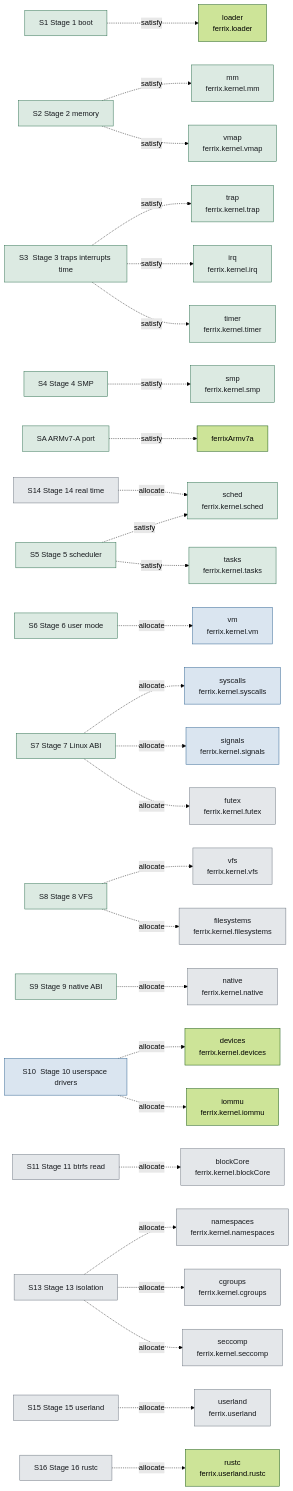
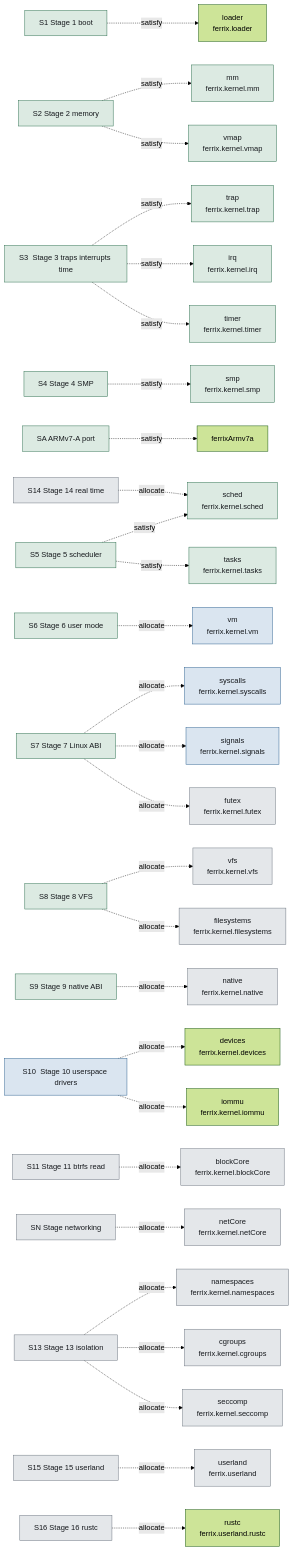
One commit to SetZero/ferrix changed diagram 18 of 19 in docs/generated/ARCHITECTURE.md. Above: the diagram before and after it, drawn with Mermaid (forest theme). The commit also changed other lines of this file and 7 other files, not shown here.

First line of the commit message:
Stage networking after stage 11, as the ARMv7-A port is staged after stage 4

````diff
--- a/docs/generated/ARCHITECTURE.md
+++ b/docs/generated/ARCHITECTURE.md
@@ -2904,76 +2918,79 @@
 ```mermaid
 flowchart LR
   n0_FerrixRoadmap_stage1Boot["S1  Stage 1 boot"]
   n1_FerrixStructure_Ferrix_loader["loader<br>ferrix.loader"]
   n2_FerrixRoadmap_stage2Memory["S2  Stage 2 memory"]
   n3_FerrixStructure_Kernel_mm["mm<br>ferrix.kernel.mm"]
   n4_FerrixStructure_Kernel_vmap["vmap<br>ferrix.kernel.vmap"]
   n5_FerrixRoadmap_stage3TrapsInterruptsTime["S3  Stage 3 traps interrupts time"]
   n6_FerrixStructure_Kernel_trap["trap<br>ferrix.kernel.trap"]
   n7_FerrixStructure_Kernel_irq["irq<br>ferrix.kernel.irq"]
   n8_FerrixStructure_Kernel_timer["timer<br>ferrix.kernel.timer"]
   n9_FerrixRoadmap_stage4Smp["S4  Stage 4 SMP"]
   n10_FerrixStructure_Kernel_smp["smp<br>ferrix.kernel.smp"]
   n11_FerrixRoadmap_armv7aPort["SA  ARMv7-A port"]
   n12_FerrixStructure_ferrixArmv7a["ferrixArmv7a"]
   n13_FerrixRoadmap_stage5Scheduler["S5  Stage 5 scheduler"]
   n14_FerrixStructure_Kernel_sched["sched<br>ferrix.kernel.sched"]
   n15_FerrixStructure_Kernel_tasks["tasks<br>ferrix.kernel.tasks"]
   n16_FerrixRoadmap_stage6UserMode["S6  Stage 6 user mode"]
   n17_FerrixStructure_Kernel_vm["vm<br>ferrix.kernel.vm"]
   n18_FerrixRoadmap_stage7LinuxAbi["S7  Stage 7 Linux ABI"]
   n19_FerrixStructure_Kernel_syscalls["syscalls<br>ferrix.kernel.syscalls"]
   n20_FerrixStructure_Kernel_signals["signals<br>ferrix.kernel.signals"]
   n21_FerrixStructure_Kernel_futex["futex<br>ferrix.kernel.futex"]
   n22_FerrixRoadmap_stage8Vfs["S8  Stage 8 VFS"]
   n23_FerrixStructure_Kernel_vfs["vfs<br>ferrix.kernel.vfs"]
   n24_FerrixStructure_Kernel_filesystems["filesystems<br>ferrix.kernel.filesystems"]
   n25_FerrixRoadmap_stage9NativeAbi["S9  Stage 9 native ABI"]
   n26_FerrixStructure_Kernel_native["native<br>ferrix.kernel.native"]
   n27_FerrixRoadmap_stage10UserspaceDrivers["S10  Stage 10 userspace drivers"]
   n28_FerrixStructure_Machine_devices["devices<br>ferrix.kernel.devices"]
   n29_FerrixStructure_Machine_iommu["iommu<br>ferrix.kernel.iommu"]
   n30_FerrixRoadmap_stage11BtrfsRead["S11  Stage 11 btrfs read"]
   n31_FerrixStructure_Kernel_blockCore["blockCore<br>ferrix.kernel.blockCore"]
-  n32_FerrixRoadmap_stage13Isolation["S13  Stage 13 isolation"]
-  n33_FerrixStructure_Kernel_namespaces["namespaces<br>ferrix.kernel.namespaces"]
-  n34_FerrixStructure_Kernel_cgroups["cgroups<br>ferrix.kernel.cgroups"]
-  n35_FerrixStructure_Kernel_seccomp["seccomp<br>ferrix.kernel.seccomp"]
-  n36_FerrixRoadmap_stage14RealTime["S14  Stage 14 real time"]
-  n37_FerrixRoadmap_stage15Userland["S15  Stage 15 userland"]
-  n38_FerrixStructure_Ferrix_userland["userland<br>ferrix.userland"]
-  n39_FerrixRoadmap_stage16Rustc["S16  Stage 16 rustc"]
-  n40_FerrixStructure_Userland_rustc["rustc<br>ferrix.userland.rustc"]
+  n32_FerrixRoadmap_stageNetworking["SN  Stage networking"]
+  n33_FerrixStructure_Kernel_netCore["netCore<br>ferrix.kernel.netCore"]
+  n34_FerrixRoadmap_stage13Isolation["S13  Stage 13 isolation"]
+  n35_FerrixStructure_Kernel_namespaces["namespaces<br>ferrix.kernel.namespaces"]
+  n36_FerrixStructure_Kernel_cgroups["cgroups<br>ferrix.kernel.cgroups"]
+  n37_FerrixStructure_Kernel_seccomp["seccomp<br>ferrix.kernel.seccomp"]
+  n38_FerrixRoadmap_stage14RealTime["S14  Stage 14 real time"]
+  n39_FerrixRoadmap_stage15Userland["S15  Stage 15 userland"]
+  n40_FerrixStructure_Ferrix_userland["userland<br>ferrix.userland"]
+  n41_FerrixRoadmap_stage16Rustc["S16  Stage 16 rustc"]
+  n42_FerrixStructure_Userland_rustc["rustc<br>ferrix.userland.rustc"]
   n0_FerrixRoadmap_stage1Boot -. "satisfy" .-> n1_FerrixStructure_Ferrix_loader
   n2_FerrixRoadmap_stage2Memory -. "satisfy" .-> n3_FerrixStructure_Kernel_mm
   n2_FerrixRoadmap_stage2Memory -. "satisfy" .-> n4_FerrixStructure_Kernel_vmap
   n5_FerrixRoadmap_stage3TrapsInterruptsTime -. "satisfy" .-> n6_FerrixStructure_Kernel_trap
   n5_FerrixRoadmap_stage3TrapsInterruptsTime -. "satisfy" .-> n7_FerrixStructure_Kernel_irq
   n5_FerrixRoadmap_stage3TrapsInterruptsTime -. "satisfy" .-> n8_FerrixStructure_Kernel_timer
   n9_FerrixRoadmap_stage4Smp -. "satisfy" .-> n10_FerrixStructure_Kernel_smp
   n11_FerrixRoadmap_armv7aPort -. "satisfy" .-> n12_FerrixStructure_ferrixArmv7a
   n13_FerrixRoadmap_stage5Scheduler -. "satisfy" .-> n14_FerrixStructure_Kernel_sched
   n13_FerrixRoadmap_stage5Scheduler -. "satisfy" .-> n15_FerrixStructure_Kernel_tasks
   n16_FerrixRoadmap_stage6UserMode -. "allocate" .-> n17_FerrixStructure_Kernel_vm
   n18_FerrixRoadmap_stage7LinuxAbi -. "allocate" .-> n19_FerrixStructure_Kernel_syscalls
   n18_FerrixRoadmap_stage7LinuxAbi -. "allocate" .-> n20_FerrixStructure_Kernel_signals
   n18_FerrixRoadmap_stage7LinuxAbi -. "allocate" .-> n21_FerrixStructure_Kernel_futex
   n22_FerrixRoadmap_stage8Vfs -. "allocate" .-> n23_FerrixStructure_Kernel_vfs
   n22_FerrixRoadmap_stage8Vfs -. "allocate" .-> n24_FerrixStructure_Kernel_filesystems
   n25_FerrixRoadmap_stage9NativeAbi -. "allocate" .-> n26_FerrixStructure_Kernel_native
   n27_FerrixRoadmap_stage10UserspaceDrivers -. "allocate" .-> n28_FerrixStructure_Machine_devices
   n27_FerrixRoadmap_stage10UserspaceDrivers -. "allocate" .-> n29_FerrixStructure_Machine_iommu
   n30_FerrixRoadmap_stage11BtrfsRead -. "allocate" .-> n31_FerrixStructure_Kernel_blockCore
-  n32_FerrixRoadmap_stage13Isolation -. "allocate" .-> n33_FerrixStructure_Kernel_namespaces
-  n32_FerrixRoadmap_stage13Isolation -. "allocate" .-> n34_FerrixStructure_Kernel_cgroups
-  n32_FerrixRoadmap_stage13Isolation -. "allocate" .-> n35_FerrixStructure_Kernel_seccomp
-  n36_FerrixRoadmap_stage14RealTime -. "allocate" .-> n14_FerrixStructure_Kernel_sched
-  n37_FerrixRoadmap_stage15Userland -. "allocate" .-> n38_FerrixStructure_Ferrix_userland
-  n39_FerrixRoadmap_stage16Rustc -. "allocate" .-> n40_FerrixStructure_Userland_rustc
+  n32_FerrixRoadmap_stageNetworking -. "allocate" .-> n33_FerrixStructure_Kernel_netCore
+  n34_FerrixRoadmap_stage13Isolation -. "allocate" .-> n35_FerrixStructure_Kernel_namespaces
+  n34_FerrixRoadmap_stage13Isolation -. "allocate" .-> n36_FerrixStructure_Kernel_cgroups
+  n34_FerrixRoadmap_stage13Isolation -. "allocate" .-> n37_FerrixStructure_Kernel_seccomp
+  n38_FerrixRoadmap_stage14RealTime -. "allocate" .-> n14_FerrixStructure_Kernel_sched
+  n39_FerrixRoadmap_stage15Userland -. "allocate" .-> n40_FerrixStructure_Ferrix_userland
+  n41_FerrixRoadmap_stage16Rustc -. "allocate" .-> n42_FerrixStructure_Userland_rustc
   classDef implemented fill:#dceae2,stroke:#2c6e4e,color:#16191d
   classDef inProgress fill:#dae5f0,stroke:#2a5f8f,color:#16191d
   classDef planned fill:#e4e7ea,stroke:#6a737e,color:#16191d
   class n0_FerrixRoadmap_stage1Boot,n2_FerrixRoadmap_stage2Memory,n3_FerrixStructure_Kernel_mm,n4_FerrixStructure_Kernel_vmap,n5_FerrixRoadmap_stage3TrapsInterruptsTime,n6_FerrixStructure_Kernel_trap,n7_FerrixStructure_Kernel_irq,n8_FerrixStructure_Kernel_timer,n9_FerrixRoadmap_stage4Smp,n10_FerrixStructure_Kernel_smp,n11_FerrixRoadmap_armv7aPort,n13_FerrixRoadmap_stage5Scheduler,n14_FerrixStructure_Kernel_sched,n15_FerrixStructure_Kernel_tasks,n16_FerrixRoadmap_stage6UserMode,n18_FerrixRoadmap_stage7LinuxAbi,n22_FerrixRoadmap_stage8Vfs,n25_FerrixRoadmap_stage9NativeAbi implemented
   class n17_FerrixStructure_Kernel_vm,n19_FerrixStructure_Kernel_syscalls,n20_FerrixStructure_Kernel_signals,n27_FerrixRoadmap_stage10UserspaceDrivers inProgress
-  class n21_FerrixStructure_Kernel_futex,n23_FerrixStructure_Kernel_vfs,n24_FerrixStructure_Kernel_filesystems,n26_FerrixStructure_Kernel_native,n30_FerrixRoadmap_stage11BtrfsRead,n31_FerrixStructure_Kernel_blockCore,n32_FerrixRoadmap_stage13Isolation,n33_FerrixStructure_Kernel_namespaces,n34_FerrixStructure_Kernel_cgroups,n35_FerrixStructure_Kernel_seccomp,n36_FerrixRoadmap_stage14RealTime,n37_FerrixRoadmap_stage15Userland,n38_FerrixStructure_Ferrix_userland,n39_FerrixRoadmap_stage16Rustc planned
+  class n21_FerrixStructure_Kernel_futex,n23_FerrixStructure_Kernel_vfs,n24_FerrixStructure_Kernel_filesystems,n26_FerrixStructure_Kernel_native,n30_FerrixRoadmap_stage11BtrfsRead,n31_FerrixStructure_Kernel_blockCore,n32_FerrixRoadmap_stageNetworking,n33_FerrixStructure_Kernel_netCore,n34_FerrixRoadmap_stage13Isolation,n35_FerrixStructure_Kernel_namespaces,n36_FerrixStructure_Kernel_cgroups,n37_FerrixStructure_Kernel_seccomp,n38_FerrixRoadmap_stage14RealTime,n39_FerrixRoadmap_stage15Userland,n40_FerrixStructure_Ferrix_userland,n41_FerrixRoadmap_stage16Rustc planned
 ```
````
